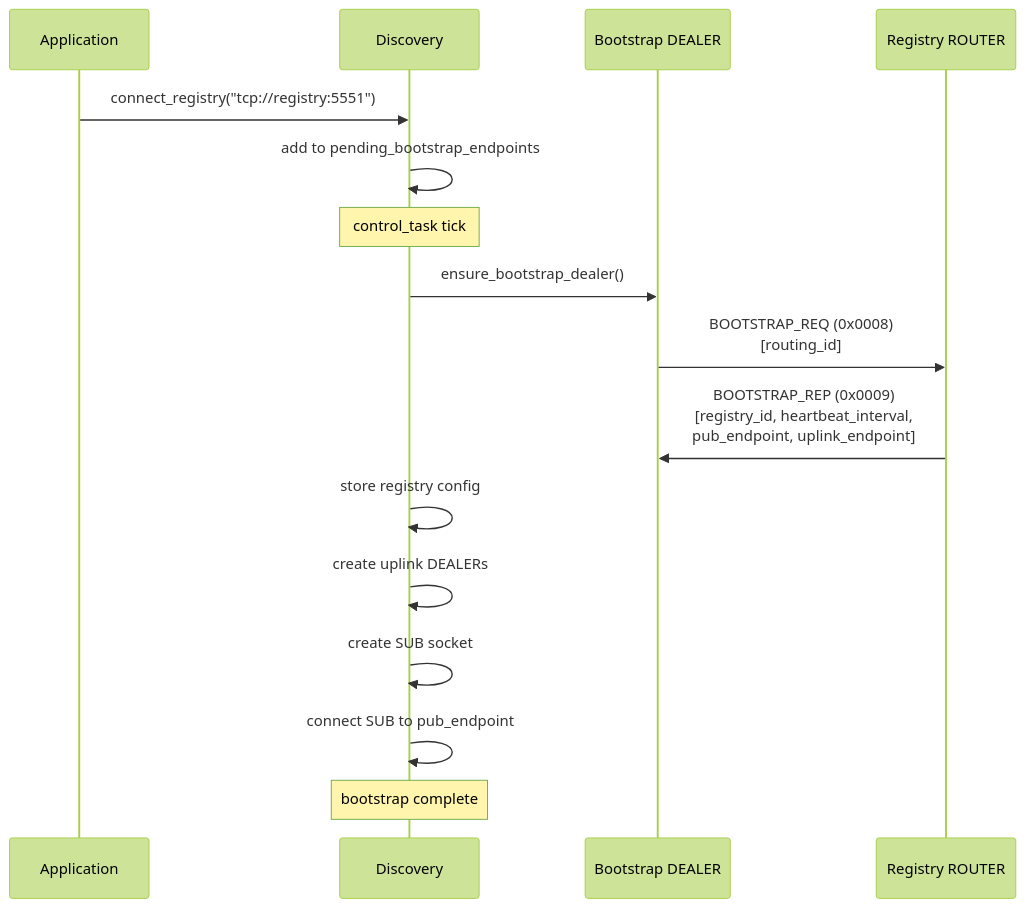
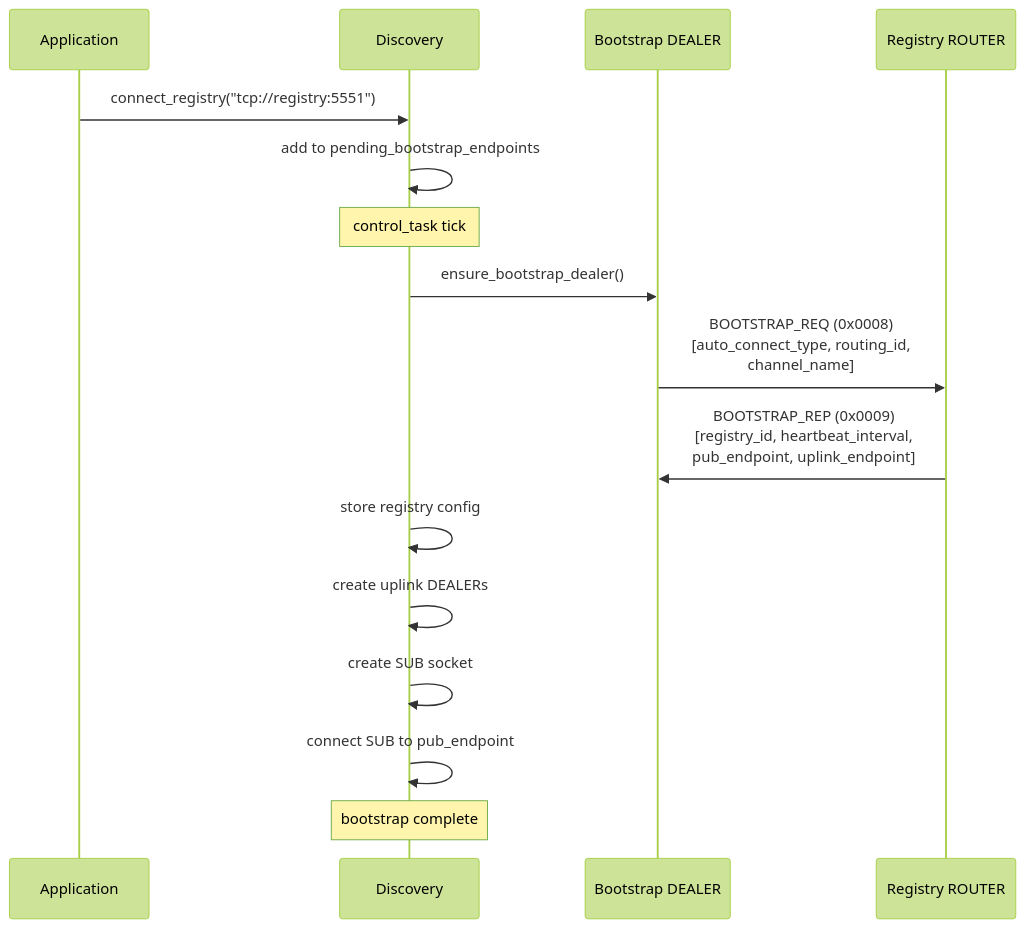
Before and after one commit to kairos-code-dev/zlink: the third of 11 diagrams in core/doc/internals/discovery-internals.md, drawn with Mermaid (forest theme). The commit also changed other lines of this file, not shown here.

````diff
--- a/core/doc/internals/discovery-internals.md
+++ b/core/doc/internals/discovery-internals.md
@@ -78,21 +78,21 @@
 ```mermaid
 sequenceDiagram
     participant App as Application
     participant Disc as Discovery
     participant DEALER as Bootstrap DEALER
     participant REG as Registry ROUTER
 
     App->>Disc: connect_registry("tcp://registry:5551")
     Disc->>Disc: add to pending_bootstrap_endpoints
     Note over Disc: control_task tick
 
     Disc->>DEALER: ensure_bootstrap_dealer()
-    DEALER->>REG: BOOTSTRAP_REQ (0x0008)<br/>[routing_id]
+    DEALER->>REG: BOOTSTRAP_REQ (0x0008)<br/>[auto_connect_type, routing_id,<br/>channel_name]
     REG->>DEALER: BOOTSTRAP_REP (0x0009)<br/>[registry_id, heartbeat_interval,<br/>pub_endpoint, uplink_endpoint]
 
     Disc->>Disc: store registry config
     Disc->>Disc: create uplink DEALERs
     Disc->>Disc: create SUB socket
     Disc->>Disc: connect SUB to pub_endpoint
     Note over Disc: bootstrap complete
 ```
````
